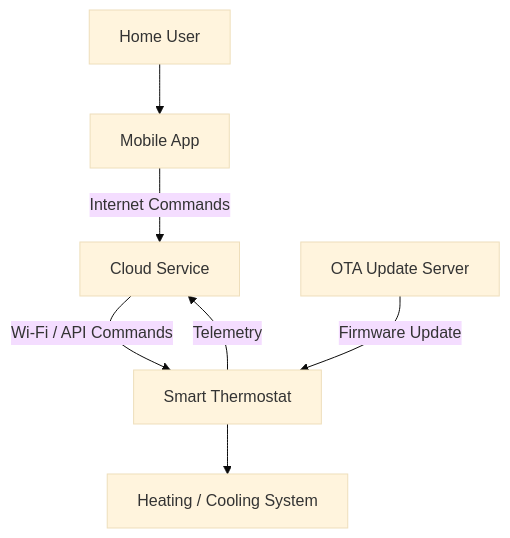
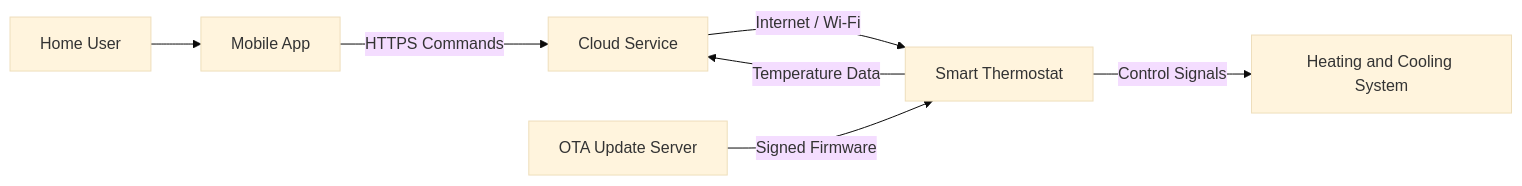
The first of 4 diagrams in threat-modeling-fundamentals/2-iot-smart-thermostat.md (busitech-ir-lux/dlh-cyber_security), drawn with Mermaid (base theme) before and after one commit. The commit also changed other lines of this file, not shown here.

````diff
--- a/threat-modeling-fundamentals/2-iot-smart-thermostat.md
+++ b/threat-modeling-fundamentals/2-iot-smart-thermostat.md
@@ -12,16 +24,16 @@
 ```mermaid
-flowchart TD
+flowchart LR
     U[Home User]
     M[Mobile App]
     C[Cloud Service]
     T[Smart Thermostat]
-    H[Heating / Cooling System]
+    H[Heating and Cooling System]
     O[OTA Update Server]
 
     U --> M
-    M -->|Internet Commands| C
-    C -->|Wi-Fi / API Commands| T
-    T --> H
-    T -->|Telemetry| C
-    O -->|Firmware Update| T
+    M -->|HTTPS Commands| C
+    C -->|Internet / Wi-Fi| T
+    T -->|Control Signals| H
+    T -->|Temperature Data| C
+    O -->|Signed Firmware| T
 ```
````
